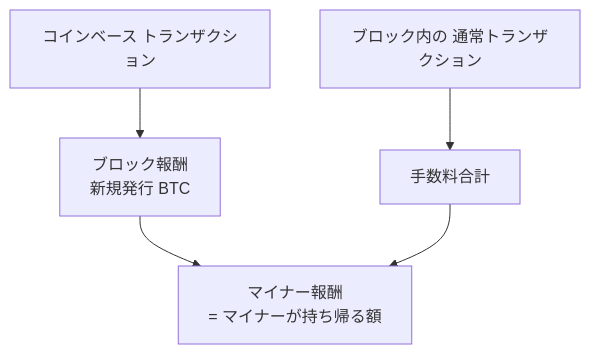
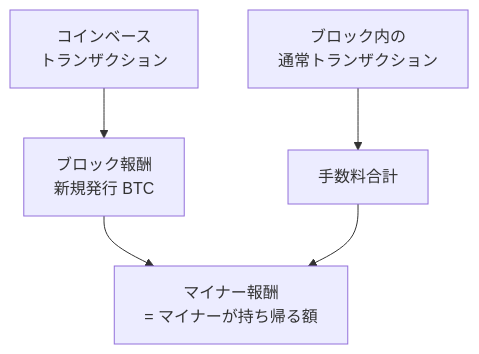
The seventh of 10 diagrams in src/data/translations/ja/analysis/2026-05-23-how-bitcoin-works-visual-glossary.md (cypher256/BitcoinArchive), drawn with Mermaid before and after one commit. The commit also changed other lines of this file and 3 other files, not shown here.

````diff
--- a/src/data/translations/ja/analysis/2026-05-23-how-bitcoin-works-visual-glossary.md
+++ b/src/data/translations/ja/analysis/2026-05-23-how-bitcoin-works-visual-glossary.md
@@ -225,7 +225,7 @@
 ```mermaid
 flowchart TD
-  CB[コインベース トランザクション] --> BR[ブロック報酬 <br/> 新規発行 BTC]
-  TXS[ブロック内の 通常トランザクション] --> FEES[手数料合計]
-  BR --> MR[マイナー報酬 <br/> = マイナーが持ち帰る額]
+  CB[コインベース<br/>トランザクション] --> BR[ブロック報酬<br/>新規発行 BTC]
+  TXS[ブロック内の<br/>通常トランザクション] --> FEES[手数料合計]
+  BR --> MR[マイナー報酬<br/>= マイナーが持ち帰る額]
   FEES --> MR
 ```
````
